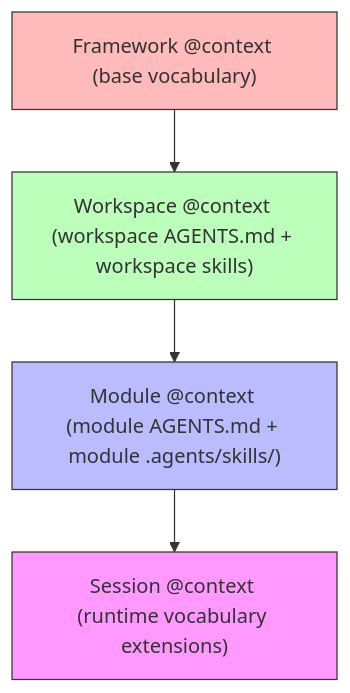
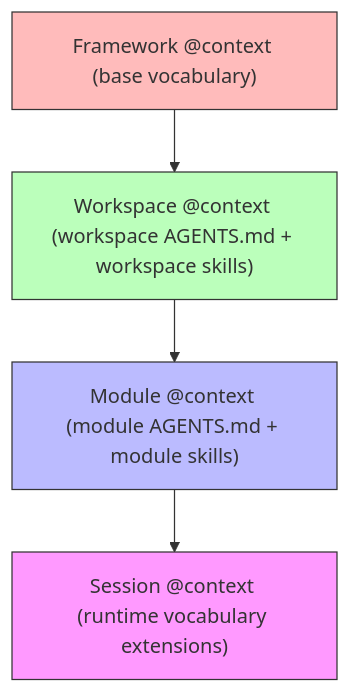
One commit to plaited/plaited changed the second of 6 diagrams in docs/HYPERGRAPH-MEMORY.md. Above: the diagram before and after it, drawn with Mermaid. The commit also changed other lines of this file and 4 other files, not shown here.

````diff
--- a/docs/HYPERGRAPH-MEMORY.md
+++ b/docs/HYPERGRAPH-MEMORY.md
@@ -154,12 +152,12 @@
 ```mermaid
 graph TD
     FW["Framework @context (base vocabulary)"] --> WS
     WS["Workspace @context (workspace AGENTS.md + workspace skills)"] --> MOD
-    MOD["Module @context (module AGENTS.md + module .agents/skills/)"] --> SES
+    MOD["Module @context (module AGENTS.md + module skills)"] --> SES
     SES["Session @context (runtime vocabulary extensions)"]
 
     style SES fill:#f9f,stroke:#333
     style MOD fill:#bbf,stroke:#333
     style WS fill:#bfb,stroke:#333
     style FW fill:#fbb,stroke:#333
 ```
````
